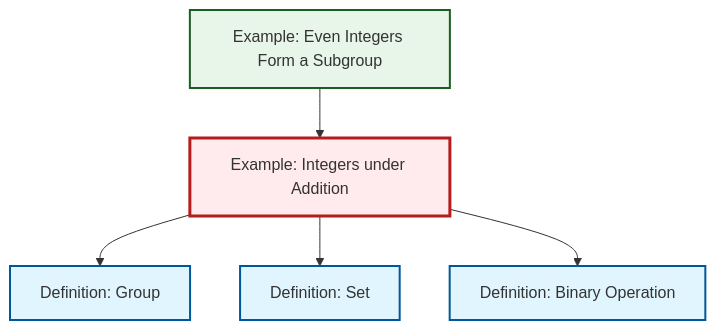
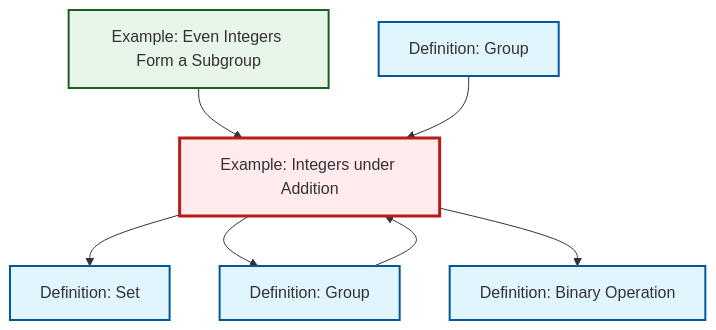
One commit to RK0429/ModernMath changed the diagram in content/en/algebra/ex-integers-addition.qmd. Above: the diagram before and after it, drawn with Mermaid. The commit also changed 511 other files, not shown here.

````diff
--- a/content/en/algebra/ex-integers-addition.qmd
+++ b/content/en/algebra/ex-integers-addition.qmd
@@ -71,24 +71,22 @@
 ```{mermaid}
 %%| fig-cap: "Local dependency graph"
 graph TD
     classDef definition fill:#e1f5fe,stroke:#01579b,stroke-width:2px
     classDef theorem fill:#f3e5f5,stroke:#4a148c,stroke-width:2px
     classDef axiom fill:#fff3e0,stroke:#e65100,stroke-width:2px
     classDef example fill:#e8f5e9,stroke:#1b5e20,stroke-width:2px
     classDef current fill:#ffebee,stroke:#b71c1c,stroke-width:3px
+    def-binary-operation["Definition: Binary Operation"]:::definition
+    ex-integers-addition["Example: Integers under Addition"]:::example
+    ex-even-integers-subgroup["Example: Even Integers Form a Subgroup"]:::example
     def-group["Definition: Group"]:::definition
-    def-binary-operation["Definition: Binary Operation"]:::definition
-    ex-even-integers-subgroup["Example: Even Integers Form a Subgroup"]:::example
     def-set["Definition: Set"]:::definition
-    ex-integers-addition["Example: Integers under Addition"]:::example
+    def-group-example["Definition: Group"]:::definition
+    ex-integers-addition --> def-set
     ex-even-integers-subgroup --> ex-integers-addition
+    def-group --> ex-integers-addition
+    def-group-example --> ex-integers-addition
     ex-integers-addition --> def-group
-    ex-integers-addition --> def-set
     ex-integers-addition --> def-binary-operation
     class ex-integers-addition current
-
-    click def-group "def-group.html" "Go to Group definition"
-    click def-binary-operation "def-binary-operation.html" "Go to Binary Operation definition"
-    click ex-even-integers-subgroup "ex-even-integers-subgroup.html" "Go to Even Integers Form a Subgroup example"
-    click def-set "def-set.html" "Go to Set definition"
 ```
````
